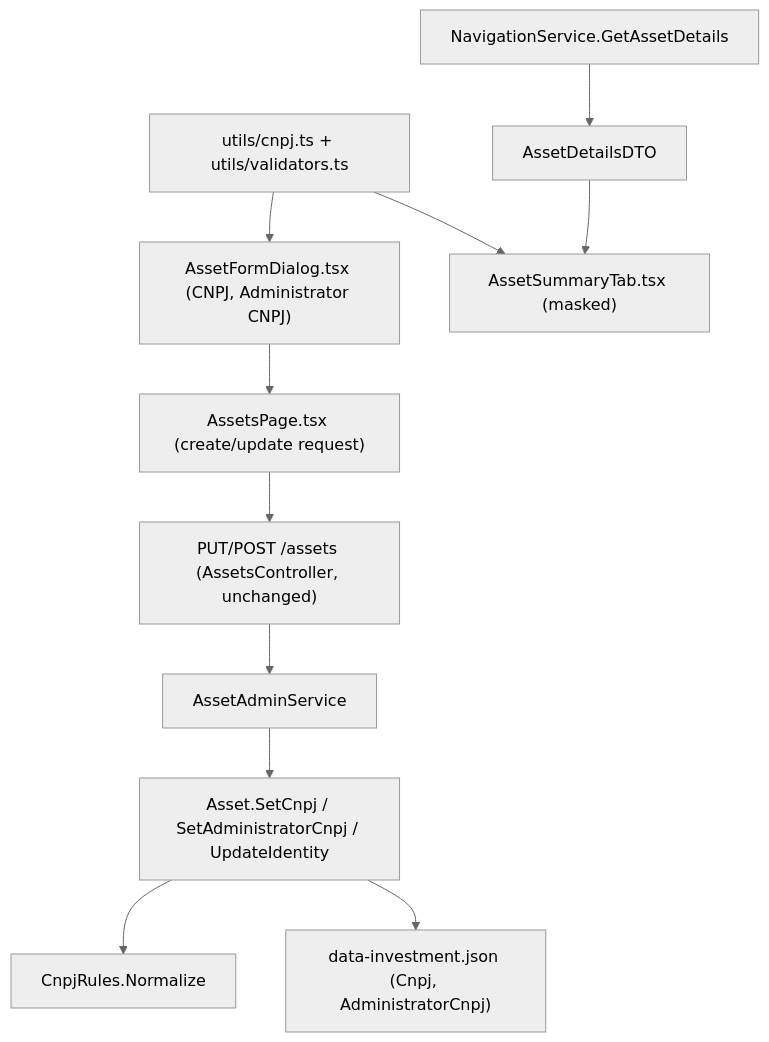
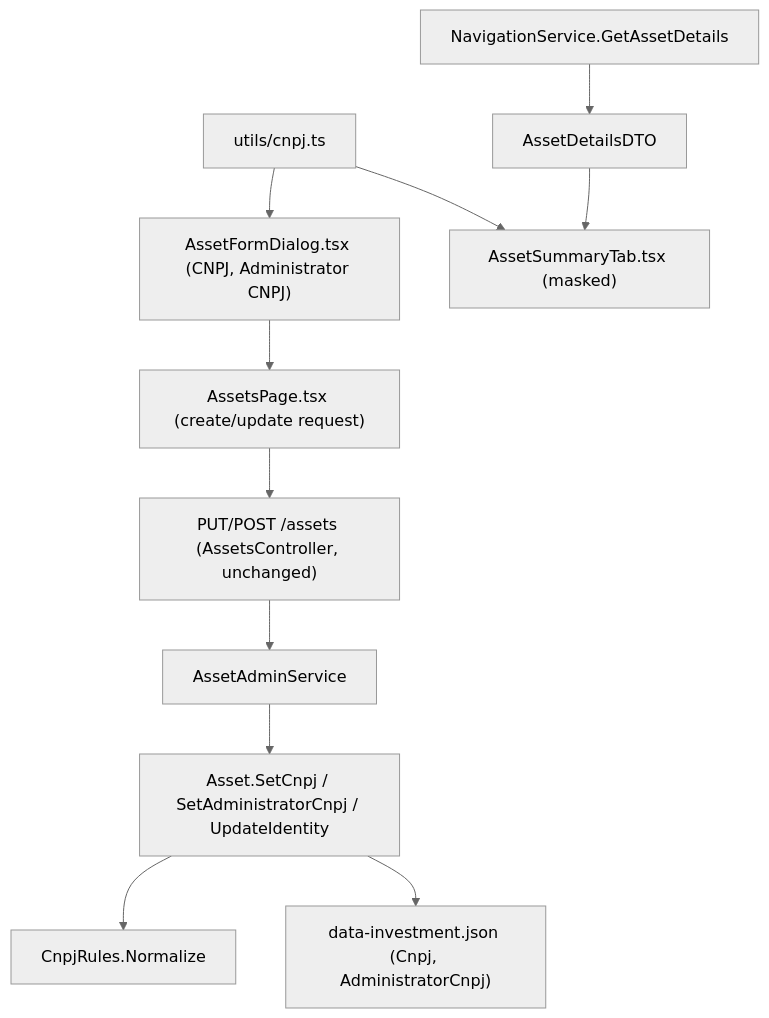
Before and after one commit to ggibellato/Financial: the diagram in docs/prd/P69-prd-investments-without-quantity/features/P69-F06-brazilian-cnpj-identifiers/spec.md, drawn with Mermaid (neutral theme). The commit also changed other lines of this file and 2 other files, not shown here.

````diff
--- a/docs/prd/P69-prd-investments-without-quantity/features/P69-F06-brazilian-cnpj-identifiers/spec.md
+++ b/docs/prd/P69-prd-investments-without-quantity/features/P69-F06-brazilian-cnpj-identifiers/spec.md
@@ -41,13 +41,13 @@
 ```mermaid
 graph TD
     A["AssetFormDialog.tsx (CNPJ, Administrator CNPJ)"] --> B["AssetsPage.tsx (create/update request)"]
     B --> C["PUT/POST /assets (AssetsController, unchanged)"]
     C --> D["AssetAdminService"]
     D --> F["Asset.SetCnpj / SetAdministratorCnpj / UpdateIdentity"]
     F --> E["CnpjRules.Normalize"]
     F --> G["data-investment.json (Cnpj, AdministratorCnpj)"]
     H["NavigationService.GetAssetDetails"] --> I["AssetDetailsDTO"]
     I --> J["AssetSummaryTab.tsx (masked)"]
-    K["utils/cnpj.ts + utils/validators.ts"] --> A
+    K["utils/cnpj.ts"] --> A
     K --> J
 ```
````
